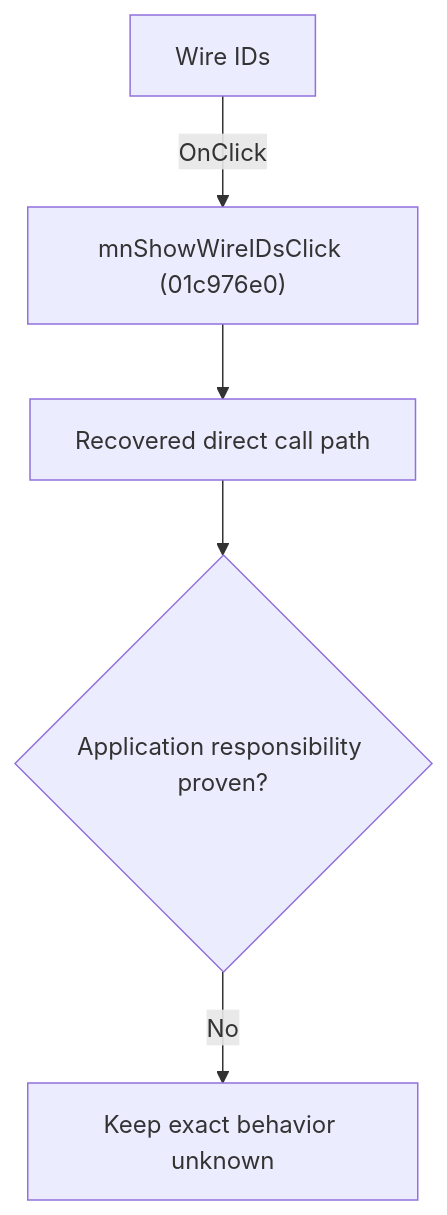
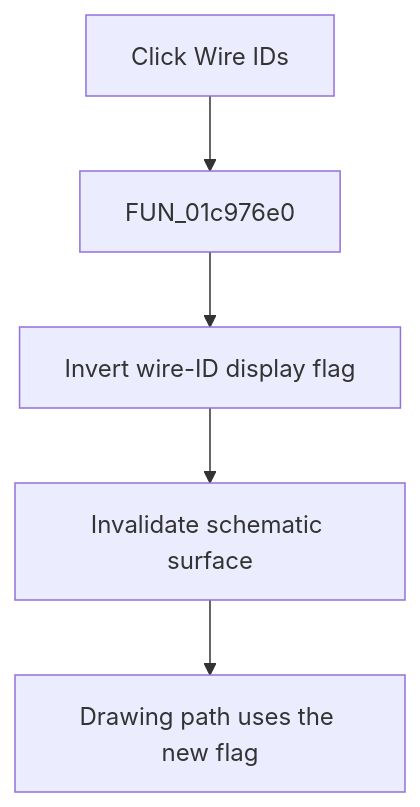
The diagram in docs/ui-controls/schematiceditor/mnshowwireids-dba8da5138.md (MovGP0/TIARA), drawn with Mermaid before and after one commit. The commit also changed other lines of this file and 241 other files, not shown here.

````diff
--- a/docs/ui-controls/schematiceditor/mnshowwireids-dba8da5138.md
+++ b/docs/ui-controls/schematiceditor/mnshowwireids-dba8da5138.md
@@ -27,7 +27,7 @@
 ```mermaid
 flowchart TD
-    control["Wire IDs"] -->|"OnClick"| handler["mnShowWireIDsClick (01c976e0)"]
-    handler --> recovered["Recovered direct call path"]
-    recovered --> gap{"Application responsibility proven?"}
-    gap -->|"No"| blocked["Keep exact behavior unknown"]
+    control["Click Wire IDs"] --> handler["FUN_01c976e0"]
+    handler --> toggle["Invert wire-ID display flag"]
+    toggle --> repaint["Invalidate schematic surface"]
+    repaint --> render["Drawing path uses the new flag"]
 ```
````
